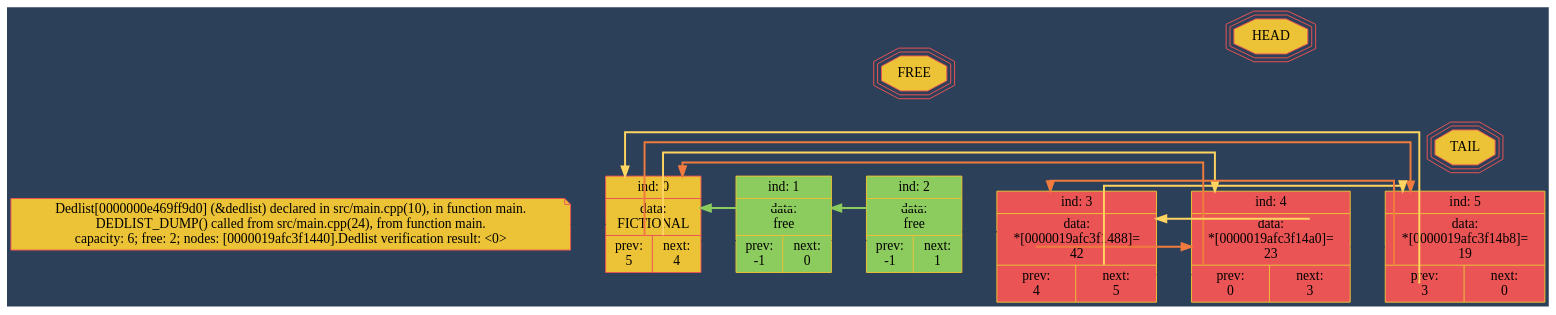
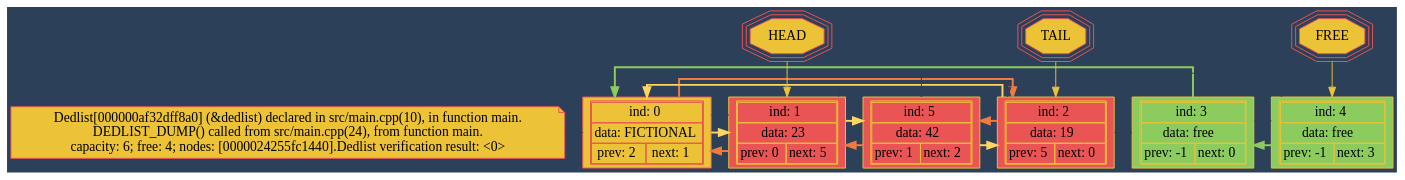
The diagram in dumps/dedlist_dump.dot (Feanor-19/dedlist), drawn with Graphviz before and after one commit. The commit also changed 10 other files, not shown here.

```diff
--- a/dumps/dedlist_dump.dot
+++ b/dumps/dedlist_dump.dot
@@ -1,81 +1,99 @@
 digraph{
-rankdir=LR;
-bgcolor="#2D4059";splines=ortho
-
-
-NODE_TEXT->NODE_0[weight=10, color="#2D4059"];
-NODE_0->NODE_1[weight=10, color="#2D4059"];
-NODE_1->NODE_2[weight=10, color="#2D4059"];
-NODE_2->NODE_3[weight=10, color="#2D4059"];
-NODE_3->NODE_4[weight=10, color="#2D4059"];
-NODE_4->NODE_5[weight=10, color="#2D4059"];
-{ rank=same; HEAD; NODE_4; }
-{ rank=same; TAIL; NODE_5; }
-{ rank=same; FREE; NODE_2; }
-
-
-NODE_0:<p>->NODE_5[color="#F07B3F", penwidth=2];
-NODE_0:<n>->NODE_4[color="#FFD460", penwidth=2];
-
-NODE_1:<n>->NODE_0[color="#8ccb5e", penwidth=2];
-NODE_2:<n>->NODE_1[color="#8ccb5e", penwidth=2];
-NODE_3:<p>->NODE_4[color="#F07B3F", penwidth=2];
-NODE_3:<n>->NODE_5[color="#FFD460", penwidth=2];
-
-NODE_4:<p>->NODE_0[color="#F07B3F", penwidth=2];
-NODE_4:<n>->NODE_3[color="#FFD460", penwidth=2];
-
-NODE_5:<p>->NODE_3[color="#F07B3F", penwidth=2];
-NODE_5:<n>->NODE_0[color="#FFD460", penwidth=2];
-
+splines=ortho;
+bgcolor="#2D4059";
 
 
 NODE_TEXT[shape=note, fontname="verdana",
 style=bold, style=filled,
 color="#EA5455", fillcolor="#ECC237",
-label = "Dedlist[0000000e469ff9d0] (&dedlist) declared in src/main.cpp(10), in function main.\nDEDLIST_DUMP() called from src/main.cpp(24), from function main.\ncapacity: 6; free: 2; nodes: [0000019afc3f1440].Dedlist verification result: <0>
+label = "Dedlist[000000af32dff8a0] (&dedlist) declared in src/main.cpp(10), in function main.\nDEDLIST_DUMP() called from src/main.cpp(24), from function main.\ncapacity: 6; free: 4; nodes: [0000024255fc1440].Dedlist verification result: <0>
 "]
 
 
 NODE_0[shape="record", fontname="verdana",
 style=bold, style=filled,
 color="#EA5455", fillcolor="#ECC237",
-label = "{ <i>ind: 0 }|{ data:\nFICTIONAL} | {<p>prev:\n5 |<n>next:\n4}"];
+label = <<table cellspacing="0">
+<tr><td colspan="2">ind: 0</td></tr>
+<tr><td colspan="2">data: FICTIONAL</td></tr>
+<tr><td>prev: 2</td><td>next: 1</td></tr></table>>];
 
 
 NODE_1[shape="record", fontname="verdana",
 style=bold, style=filled,
-color="#ECC237", fillcolor="#8ccb5e",
-label = "{ <i>ind: 1 }|{ data:\nfree} | {<p>prev:\n-1 |<n>next:\n0}"];
+color="#ECC237", fillcolor="#EA5455",
+label = <<table cellspacing="0">
+<tr><td colspan="2">ind: 1</td></tr>
+<tr><td colspan="2">data: 23</td></tr>
+<tr><td>prev: 0</td><td>next: 5</td></tr></table>>];
 
 NODE_2[shape="record", fontname="verdana",
 style=bold, style=filled,
-color="#ECC237", fillcolor="#8ccb5e",
-label = "{ <i>ind: 2 }|{ data:\nfree} | {<p>prev:\n-1 |<n>next:\n1}"];
+color="#ECC237", fillcolor="#EA5455",
+label = <<table cellspacing="0">
+<tr><td colspan="2">ind: 2</td></tr>
+<tr><td colspan="2">data: 19</td></tr>
+<tr><td>prev: 5</td><td>next: 0</td></tr></table>>];
 
 NODE_3[shape="record", fontname="verdana",
 style=bold, style=filled,
-color="#ECC237", fillcolor="#EA5455",
-label = "{ <i>ind: 3 }|{ data:\n*[0000019afc3f1488]=\n42} | {<p>prev:\n4 |<n>next:\n5}"];
+color="#ECC237", fillcolor="#8ccb5e",
+label = <<table cellspacing="0">
+<tr><td colspan="2">ind: 3</td></tr>
+<tr><td colspan="2">data: free</td></tr>
+<tr><td>prev: -1</td><td>next: 0</td></tr></table>>];
 
 NODE_4[shape="record", fontname="verdana",
 style=bold, style=filled,
-color="#ECC237", fillcolor="#EA5455",
-label = "{ <i>ind: 4 }|{ data:\n*[0000019afc3f14a0]=\n23} | {<p>prev:\n0 |<n>next:\n3}"];
+color="#ECC237", fillcolor="#8ccb5e",
+label = <<table cellspacing="0">
+<tr><td colspan="2">ind: 4</td></tr>
+<tr><td colspan="2">data: free</td></tr>
+<tr><td>prev: -1</td><td>next: 3</td></tr></table>>];
 
 NODE_5[shape="record", fontname="verdana",
 style=bold, style=filled,
 color="#ECC237", fillcolor="#EA5455",
-label = "{ <i>ind: 5 }|{ data:\n*[0000019afc3f14b8]=\n19} | {<p>prev:\n3 |<n>next:\n0}"];
+label = <<table cellspacing="0">
+<tr><td colspan="2">ind: 5</td></tr>
+<tr><td colspan="2">data: 42</td></tr>
+<tr><td>prev: 1</td><td>next: 2</td></tr></table>>];
 
 HEAD[shape=tripleoctagon, style=filled,
 fontname="verdana", color="#EA5455", fillcolor="#ECC237"];
 
 TAIL[shape=tripleoctagon, style=filled,
 fontname="verdana", color="#EA5455", fillcolor="#ECC237"];
 
 FREE[shape=tripleoctagon, style=filled,
 fontname="verdana", color="#EA5455", fillcolor="#ECC237"];
 
 
+{rank=same; NODE_TEXT NODE_0 NODE_1 NODE_2 NODE_3 NODE_4 NODE_5 }
+NODE_TEXT->NODE_0[weight=10, color="#2D4059"];
+NODE_0->NODE_1[weight=10, color="#2D4059"];
+NODE_1->NODE_2[weight=10, color="#2D4059"];
+NODE_2->NODE_3[weight=10, color="#2D4059"];
+NODE_3->NODE_4[weight=10, color="#2D4059"];
+NODE_4->NODE_5[weight=10, color="#2D4059"];
+HEAD->NODE_1[color="#ECC237"];
+TAIL->NODE_2[color="#ECC237"];
+FREE->NODE_4[color="#ECC237"];
+
+
+NODE_0->NODE_2[color="#F07B3F", penwidth=2];
+NODE_0->NODE_1[color="#FFD460", penwidth=2];
+
+NODE_1->NODE_0[color="#F07B3F", penwidth=2];
+NODE_1->NODE_5[color="#FFD460", penwidth=2];
+
+NODE_2->NODE_5[color="#F07B3F", penwidth=2];
+NODE_2->NODE_0[color="#FFD460", penwidth=2];
+
+NODE_3->NODE_0[color="#8ccb5e", penwidth=2];
+NODE_4->NODE_3[color="#8ccb5e", penwidth=2];
+NODE_5->NODE_1[color="#F07B3F", penwidth=2];
+NODE_5->NODE_2[color="#FFD460", penwidth=2];
+
+
 }
```
